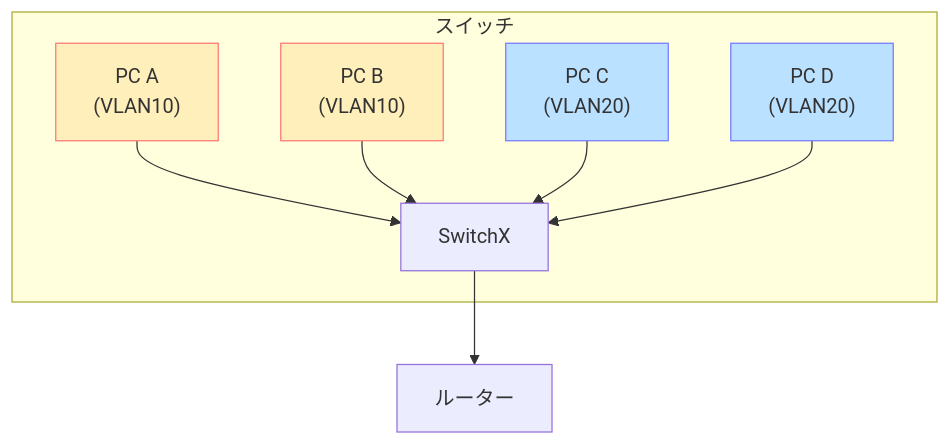
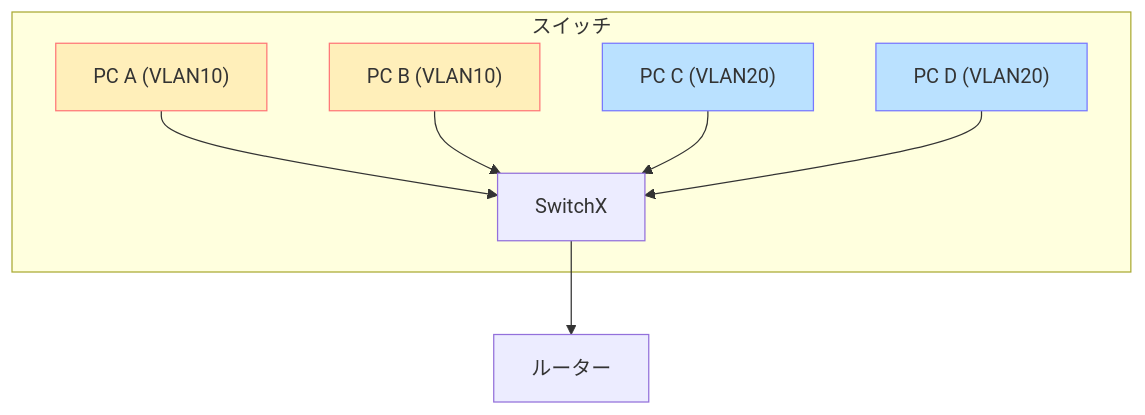
Before and after one commit to uecken/docs: diagram 11 of 15 in 新人エンジニアが学ぶ無線とIPネットワーク/readme.md, drawn with Mermaid. The commit also changed other lines of this file, not shown here.

Commit message:
fixed mermaid

````diff
--- a/新人エンジニアが学ぶ無線とIPネットワーク/readme.md
+++ b/新人エンジニアが学ぶ無線とIPネットワーク/readme.md
@@ -161,12 +161,12 @@
 ```mermaid
 flowchart TB
     subgraph "スイッチ"
-      PC_A["PC A\n(VLAN10)"]:::vlan10 --> SwitchX
-      PC_B["PC B\n(VLAN10)"]:::vlan10 --> SwitchX
-      PC_C["PC C\n(VLAN20)"]:::vlan20 --> SwitchX
-      PC_D["PC D\n(VLAN20)"]:::vlan20 --> SwitchX
+      PC_A["PC A (VLAN10)"]:::vlan10 --> SwitchX
+      PC_B["PC B (VLAN10)"]:::vlan10 --> SwitchX
+      PC_C["PC C (VLAN20)"]:::vlan20 --> SwitchX
+      PC_D["PC D (VLAN20)"]:::vlan20 --> SwitchX
     end
     SwitchX --> RouterX["ルーター"]
     classDef vlan10 fill:#ffefba,stroke:#f77,stroke-width:1px;
     classDef vlan20 fill:#bae1ff,stroke:#77f,stroke-width:1px;
 ```
````
